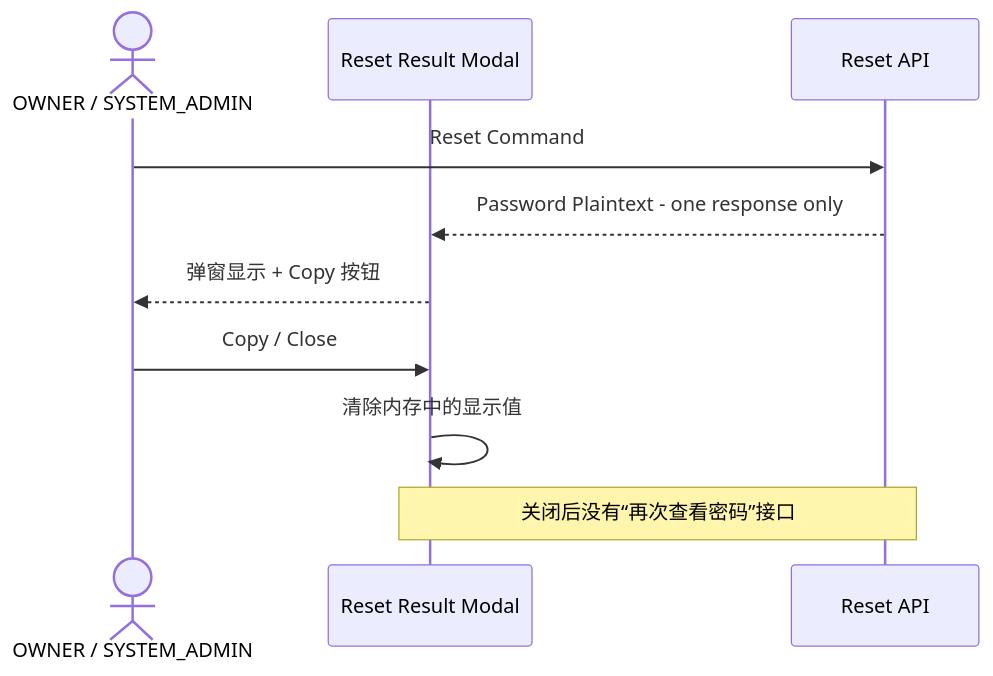
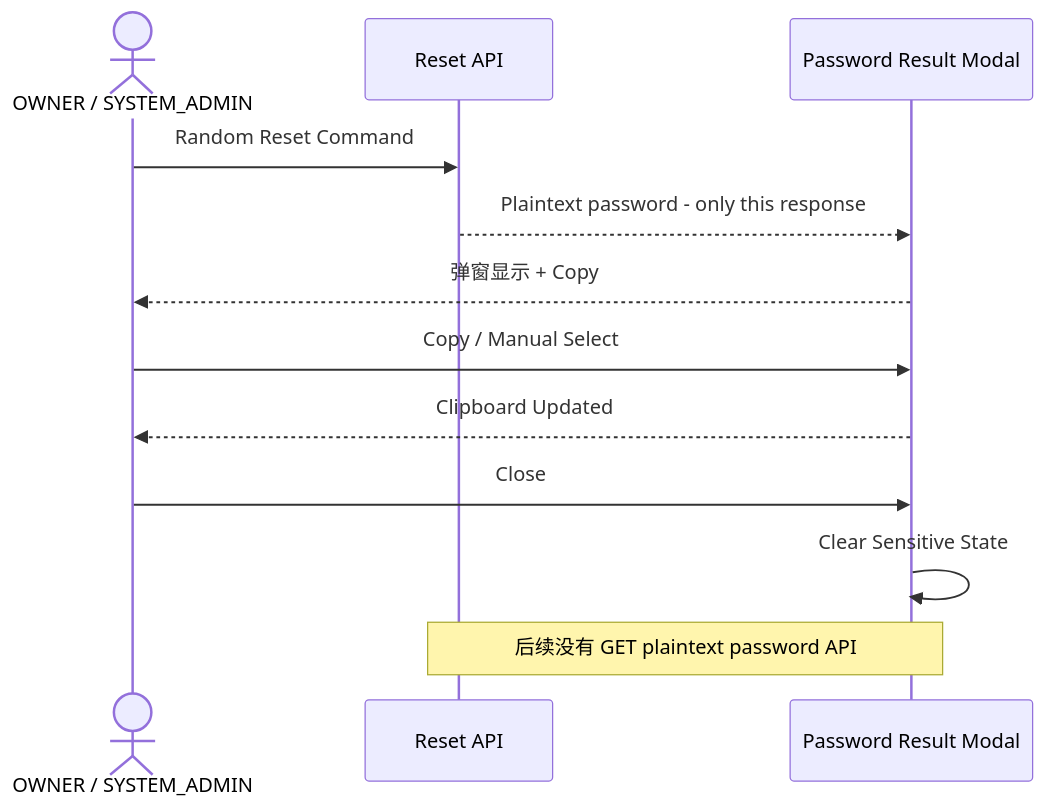
Before and after one commit to sxyq/mastergoods: the fifth of 5 diagrams in docs/system-design/01-账户与身份/03-用户资料与账号管理.md, drawn with Mermaid. The commit also changed other lines of this file and 6 other files, not shown here.

````diff
--- a/docs/system-design/01-账户与身份/03-用户资料与账号管理.md
+++ b/docs/system-design/01-账户与身份/03-用户资料与账号管理.md
@@ -126,13 +300,18 @@
 ```mermaid
 sequenceDiagram
     actor A as OWNER / SYSTEM_ADMIN
-    participant UI as Reset Result Modal
     participant API as Reset API
+    participant UI as Password Result Modal
 
-    A->>API: Reset Command
-    API-->>UI: Password Plaintext - one response only
-    UI-->>A: 弹窗显示 + Copy 按钮
-    A->>UI: Copy / Close
-    UI->>UI: 清除内存中的显示值
-    Note over UI,API: 关闭后没有“再次查看密码”接口
+    A->>API: Random Reset Command
+    API-->>UI: Plaintext password - only this response
+    UI-->>A: 弹窗显示 + Copy
+
+    A->>UI: Copy / Manual Select
+    UI-->>A: Clipboard Updated
+
+    A->>UI: Close
+    UI->>UI: Clear Sensitive State
+
+    Note over API,UI: 后续没有 GET plaintext password API
 ```
````
